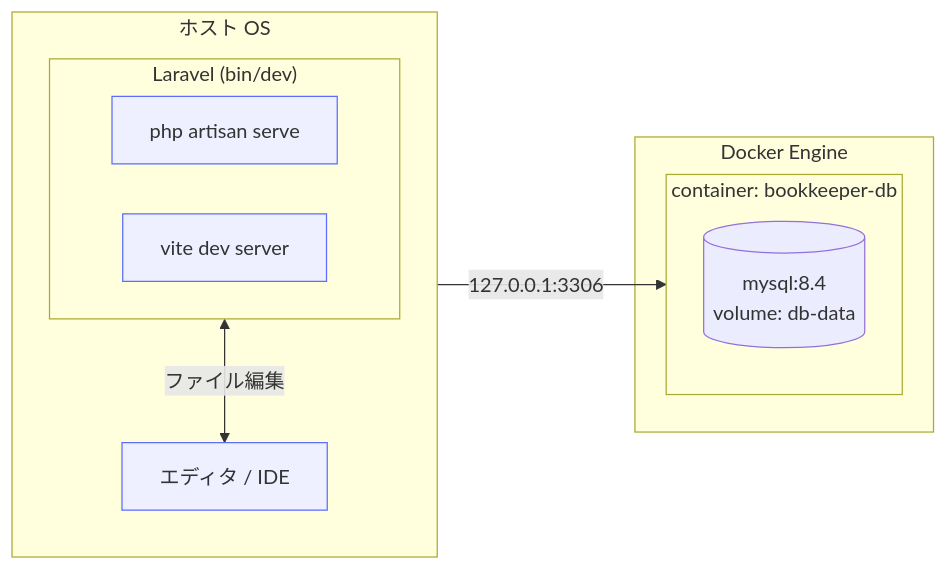
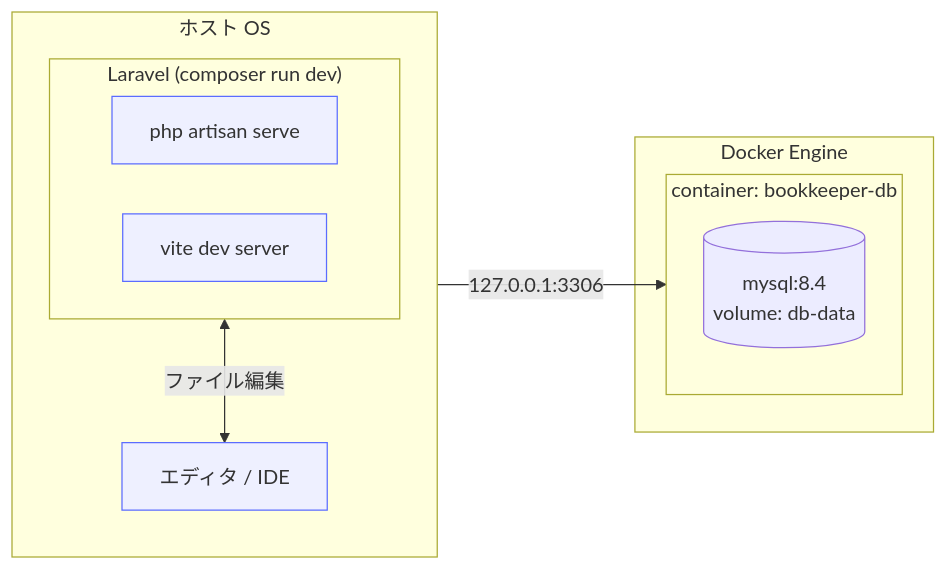
Before and after one commit to sourcemonkey/claude-project-templates-laravel: the second of 2 diagrams in my-laravel-app/docs/architecture.md, drawn with Mermaid. The commit also changed other lines of this file and 8 other files, not shown here.

First line of the commit message:
refactor(docs): bin/dev を廃止し composer run dev に一本化

````diff
--- a/my-laravel-app/docs/architecture.md
+++ b/my-laravel-app/docs/architecture.md
@@ -142,24 +142,24 @@
 ```mermaid
 %%{init: {'flowchart': {'nodeSpacing': 40, 'rankSpacing': 50, 'htmlLabels': true}}}%%
 flowchart LR
     subgraph Host["ホスト OS"]
         direction TB
-        subgraph LaravelApp["Laravel (bin/dev)"]
+        subgraph LaravelApp["Laravel (composer run dev)"]
             artisan["php artisan serve"]
             vite["vite dev server"]
         end
         IDE["エディタ / IDE"]
         LaravelApp <-->|ファイル編集| IDE
     end
 
     subgraph DockerEngine["Docker Engine"]
         subgraph Container["container: bookkeeper-db"]
             mysql[("mysql:8.4<br/>volume: db-data")]
         end
     end
 
     LaravelApp -->|127.0.0.1:3306| Container
 
     classDef app fill:#EEF0FF,stroke:#5B6CFF,stroke-width:1px;
     class artisan,vite,IDE app;
 ```
````
